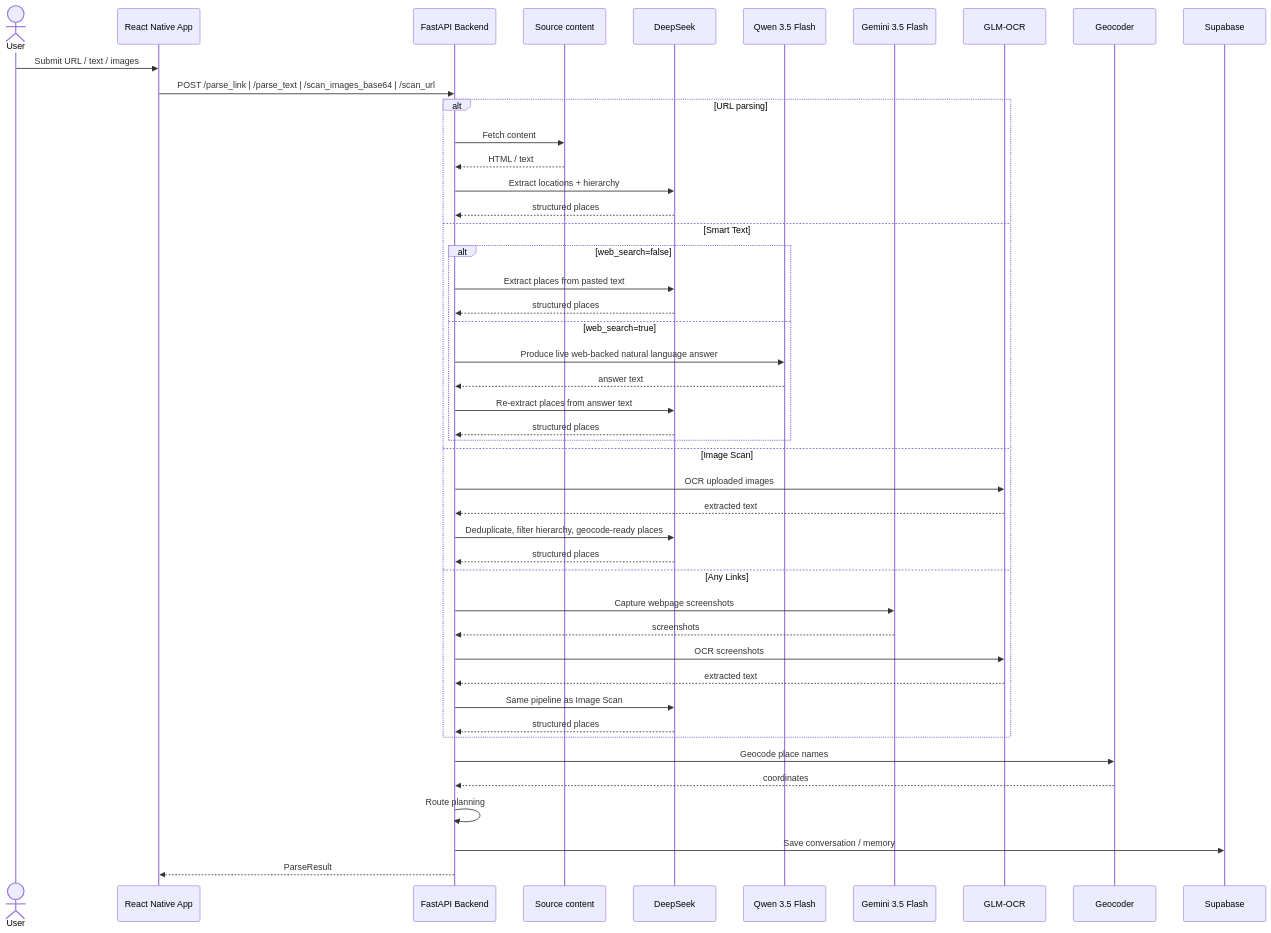
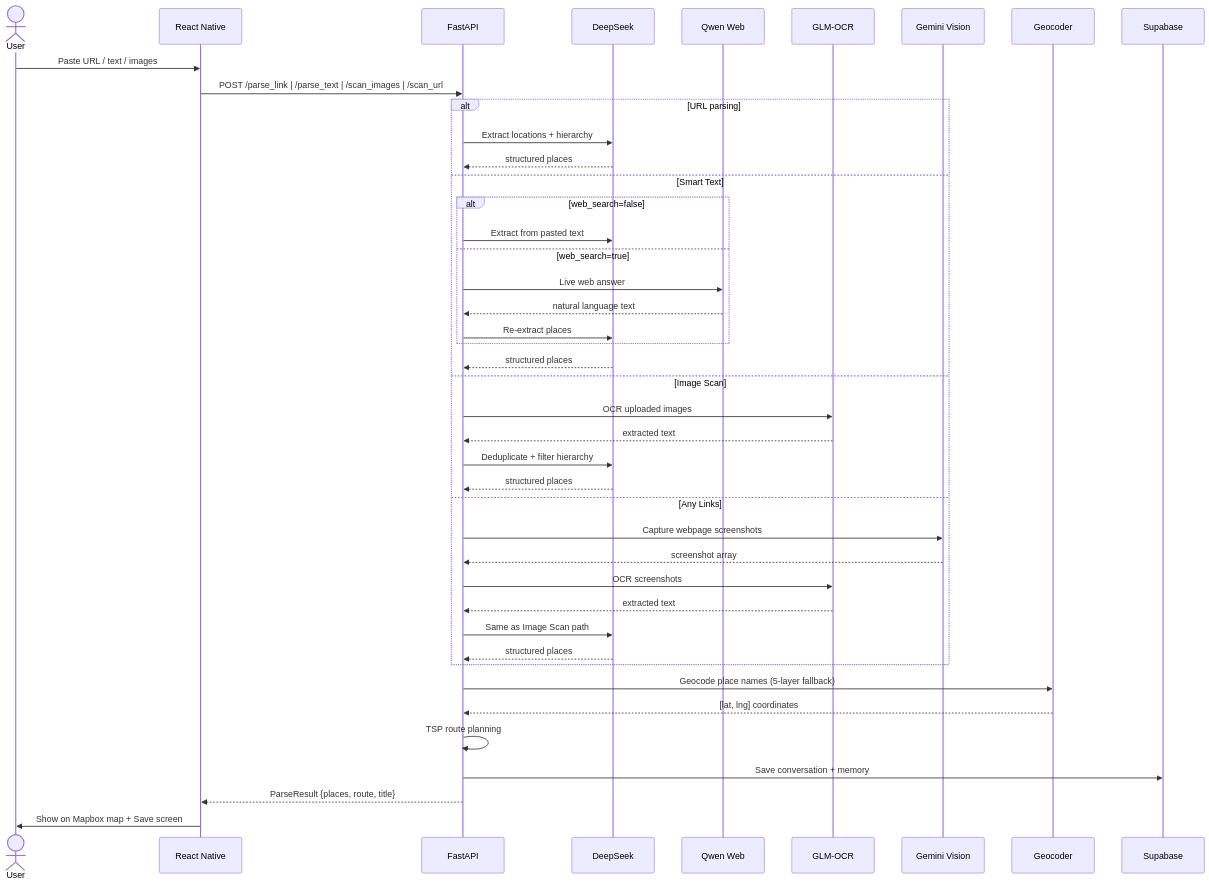
The second of 3 diagrams in README.md (zjwang168/atlas-mobile), drawn with Mermaid before and after one commit. The commit also changed other lines of this file, not shown here.

````diff
--- a/README.md
+++ b/README.md
@@ -127,51 +145,49 @@
 ```mermaid
 sequenceDiagram
-    actor User
-    participant App as React Native App
-    participant Backend as FastAPI Backend
-    participant Source as Source content
-    participant DeepSeek as DeepSeek
-    participant Qwen as Qwen 3.5 Flash
-    participant Gemini as Gemini 3.5 Flash
+    actor U as User
+    participant RN as React Native
+    participant API as FastAPI
+    participant LLM as DeepSeek
+    participant WEB as Qwen Web
     participant OCR as GLM-OCR
-    participant Geo as Geocoder
+    participant VISION as Gemini Vision
+    participant GEO as Geocoder
     participant DB as Supabase
 
-    User->>App: Submit URL / text / images
-    App->>Backend: POST /parse_link | /parse_text | /scan_images_base64 | /scan_url
+    U->>RN: Paste URL / text / images
+    RN->>API: POST /parse_link | /parse_text | /scan_images | /scan_url
 
     alt URL parsing
-        Backend->>Source: Fetch content
-        Source-->>Backend: HTML / text
-        Backend->>DeepSeek: Extract locations + hierarchy
-        DeepSeek-->>Backend: structured places
+        API->>LLM: Extract locations + hierarchy
+        LLM-->>API: structured places
     else Smart Text
         alt web_search=false
-            Backend->>DeepSeek: Extract places from pasted text
-            DeepSeek-->>Backend: structured places
+            API->>LLM: Extract from pasted text
         else web_search=true
-            Backend->>Qwen: Produce live web-backed natural language answer
-            Qwen-->>Backend: answer text
-            Backend->>DeepSeek: Re-extract places from answer text
-            DeepSeek-->>Backend: structured places
+            API->>WEB: Live web answer
+            WEB-->>API: natural language text
+            API->>LLM: Re-extract places
         end
+        LLM-->>API: structured places
     else Image Scan
-        Backend->>OCR: OCR uploaded images
-        OCR-->>Backend: extracted text
-        Backend->>DeepSeek: Deduplicate, filter hierarchy, geocode-ready places
-        DeepSeek-->>Backend: structured places
+        API->>OCR: OCR uploaded images
+        OCR-->>API: extracted text
+        API->>LLM: Deduplicate + filter hierarchy
+        LLM-->>API: structured places
     else Any Links
-        Backend->>Gemini: Capture webpage screenshots
-        Gemini-->>Backend: screenshots
-        Backend->>OCR: OCR screenshots
-        OCR-->>Backend: extracted text
-        Backend->>DeepSeek: Same pipeline as Image Scan
-        DeepSeek-->>Backend: structured places
+        API->>VISION: Capture webpage screenshots
+        VISION-->>API: screenshot array
+        API->>OCR: OCR screenshots
+        OCR-->>API: extracted text
+        API->>LLM: Same as Image Scan path
+        LLM-->>API: structured places
     end
 
-    Backend->>Geo: Geocode place names
-    Geo-->>Backend: coordinates
-    Backend->>Backend: Route planning
-    Backend->>DB: Save conversation / memory
-    Backend-->>App: ParseResult
+    API->>GEO: Geocode place names (5-layer fallback)
+    GEO-->>API: [lat, lng] coordinates
+    API->>API: TSP route planning
+    API->>DB: Save conversation + memory
+    API-->>RN: ParseResult {places, route, title}
+
+    RN->>U: Show on Mapbox map + Save screen
 ```
````
